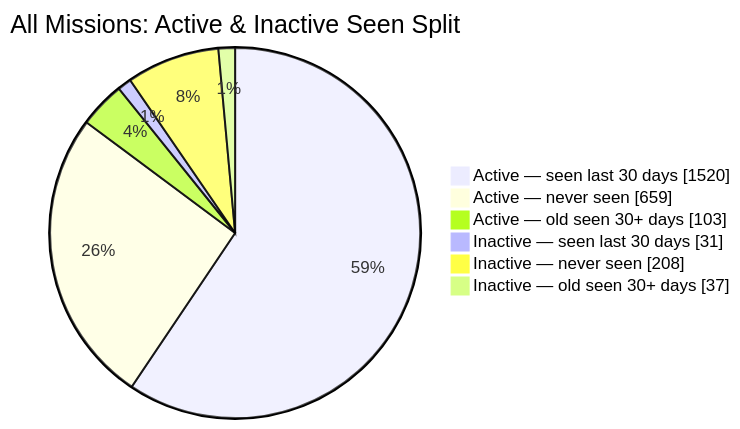
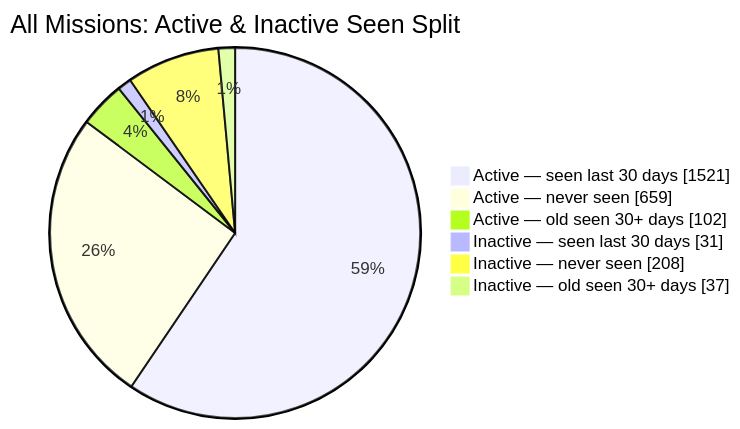
The second of 2 diagrams in README.md (MeldkamerspelGameTeam/active-missions), drawn with Mermaid before and after one commit. The commit also changed other lines of this file and 2 other files, not shown here.

````diff
--- a/README.md
+++ b/README.md
@@ -44,10 +44,10 @@
 ```mermaid
 pie showData
     title All Missions: Active & Inactive Seen Split
-    "Active — seen last 30 days" : 1520
+    "Active — seen last 30 days" : 1521
     "Active — never seen" : 659
-    "Active — old seen 30+ days" : 103
+    "Active — old seen 30+ days" : 102
     "Inactive — seen last 30 days" : 31
     "Inactive — never seen" : 208
     "Inactive — old seen 30+ days" : 37
 ```
````
